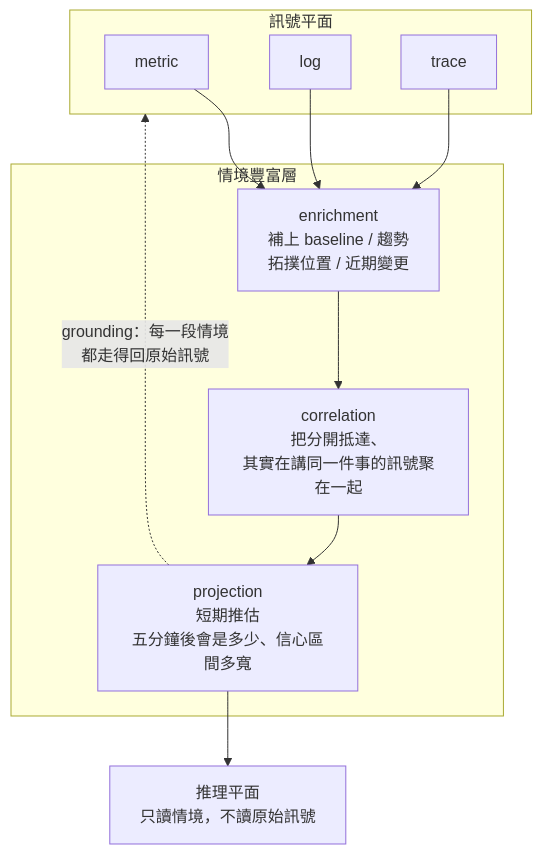
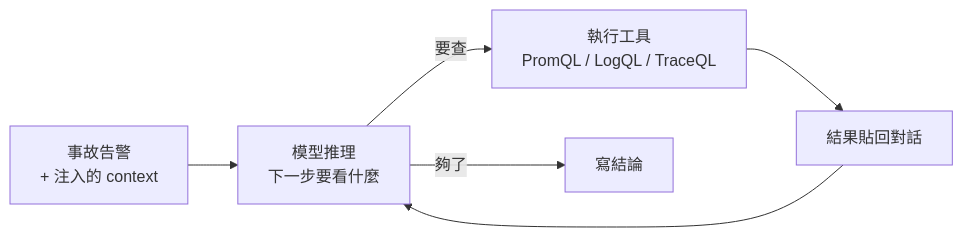
The first of 2 diagrams in weaver-demo/ironman-2026/day20.md (tedmax100/o11y-bench), drawn with Mermaid before and after one commit. The commit also changed other lines of this file and 29 other files, not shown here.

````diff
--- a/weaver-demo/ironman-2026/day20.md
+++ b/weaver-demo/ironman-2026/day20.md
@@ -66,19 +38,8 @@
 ```mermaid
-flowchart TB
-    subgraph SP["訊號平面"]
-        M["metric"]
-        L["log"]
-        T["trace"]
-    end
-    subgraph CEL["情境豐富層"]
-        E["enrichment<br/>補上 baseline / 趨勢<br/>拓撲位置 / 近期變更"]
-        C["correlation<br/>把分開抵達、<br/>其實在講同一件事的訊號聚在一起"]
-        P["projection<br/>短期推估<br/>五分鐘後會是多少、信心區間多寬"]
-    end
-    RP["推理平面<br/>只讀情境，不讀原始訊號"]
-    M --> E
-    L --> E
-    T --> E
-    E --> C --> P --> RP
-    P -.->|"grounding：每一段情境<br/>都走得回原始訊號"| SP
+flowchart LR
+    Q["事故告警<br/>+ 注入的 context"] --> R["模型推理<br/>下一步要看什麼"]
+    R -->|"要查"| A["執行工具<br/>PromQL / LogQL / TraceQL"]
+    A --> O["結果貼回對話"]
+    O --> R
+    R -->|"夠了"| ANS["寫結論"]
 ```
````
